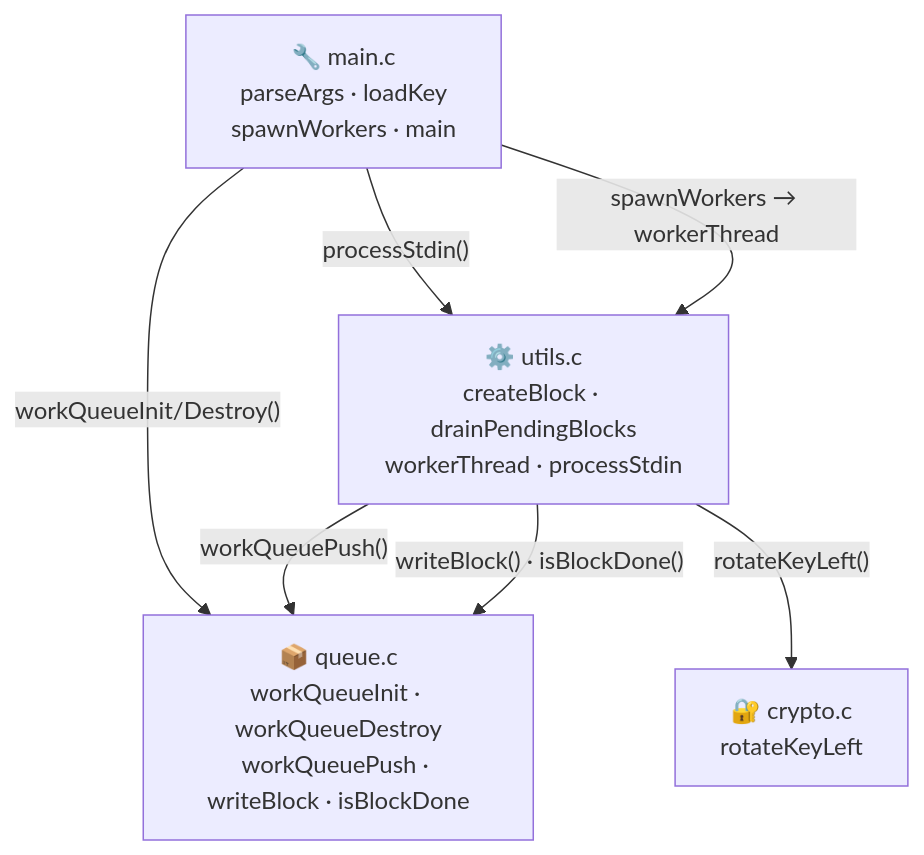
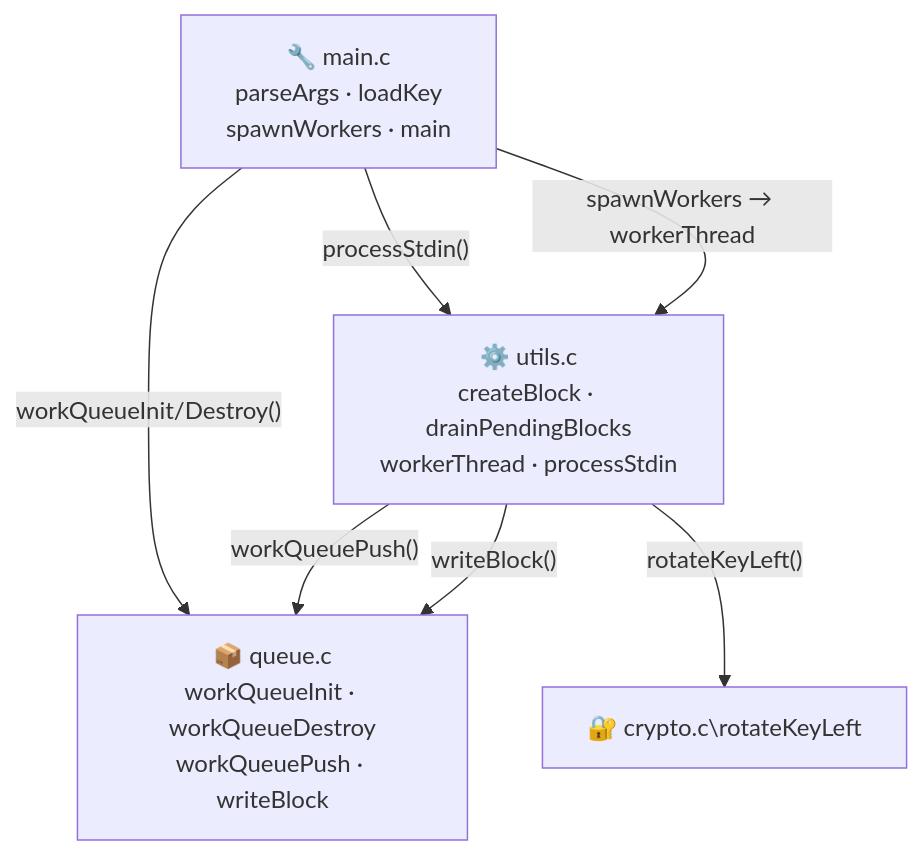
The third of 4 diagrams in README.md (azkgar/XOR-stream-encryptor), drawn with Mermaid before and after one commit. The commit also changed other lines of this file and 1 other file, not shown here.

````diff
--- a/README.md
+++ b/README.md
@@ -330,14 +330,14 @@
 ```mermaid
 graph TD
     main["🔧 main.c\nparseArgs · loadKey\nspawnWorkers · main"]
     utils["⚙️ utils.c\ncreateBlock · drainPendingBlocks\nworkerThread · processStdin"]
-    queue["📦 queue.c\nworkQueueInit · workQueueDestroy\nworkQueuePush · writeBlock · isBlockDone"]
-    crypto["🔐 crypto.c\nrotateKeyLeft"]
+    queue["📦 queue.c\nworkQueueInit · workQueueDestroy\nworkQueuePush · writeBlock"]
+    crypto["🔐 crypto.c\rotateKeyLeft"]
 
     main -->|"processStdin()"| utils
     main -->|"workQueueInit/Destroy()"| queue
     main -->|"spawnWorkers → workerThread"| utils
     utils -->|"workQueuePush()"| queue
-    utils -->|"writeBlock() · isBlockDone()"| queue
+    utils -->|"writeBlock()"| queue
     utils -->|"rotateKeyLeft()"| crypto
 ```
````
